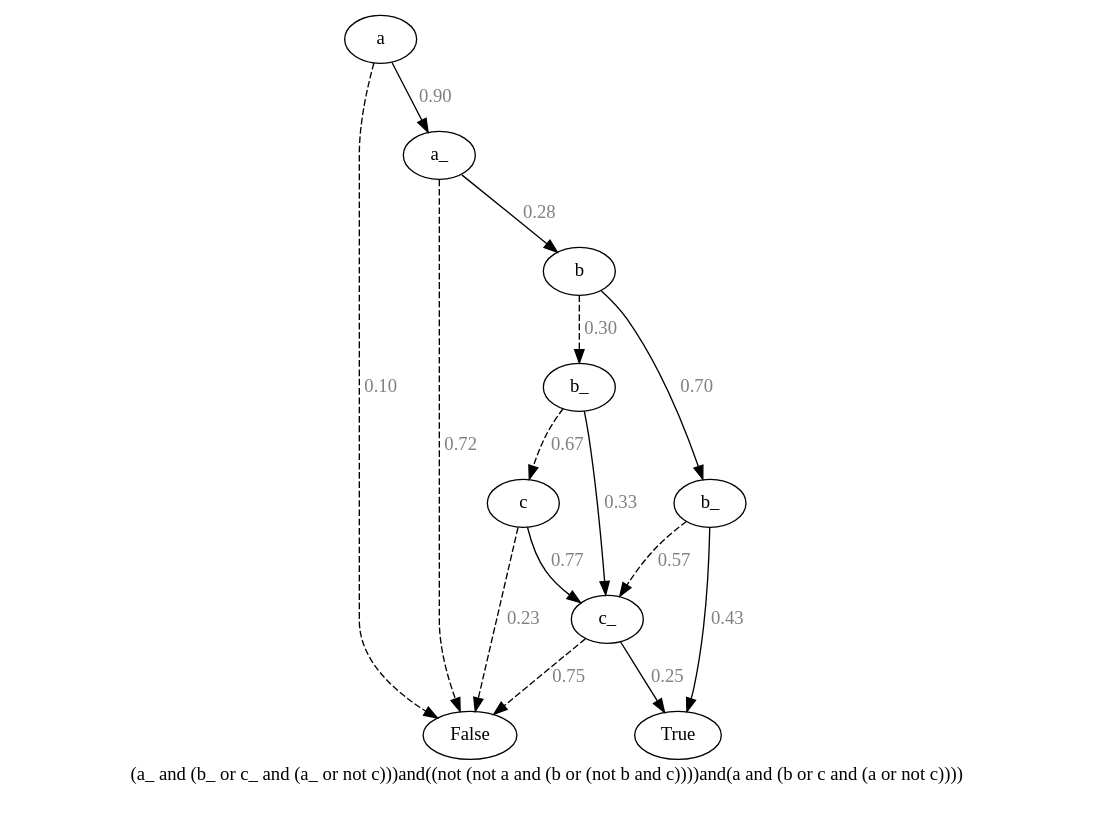
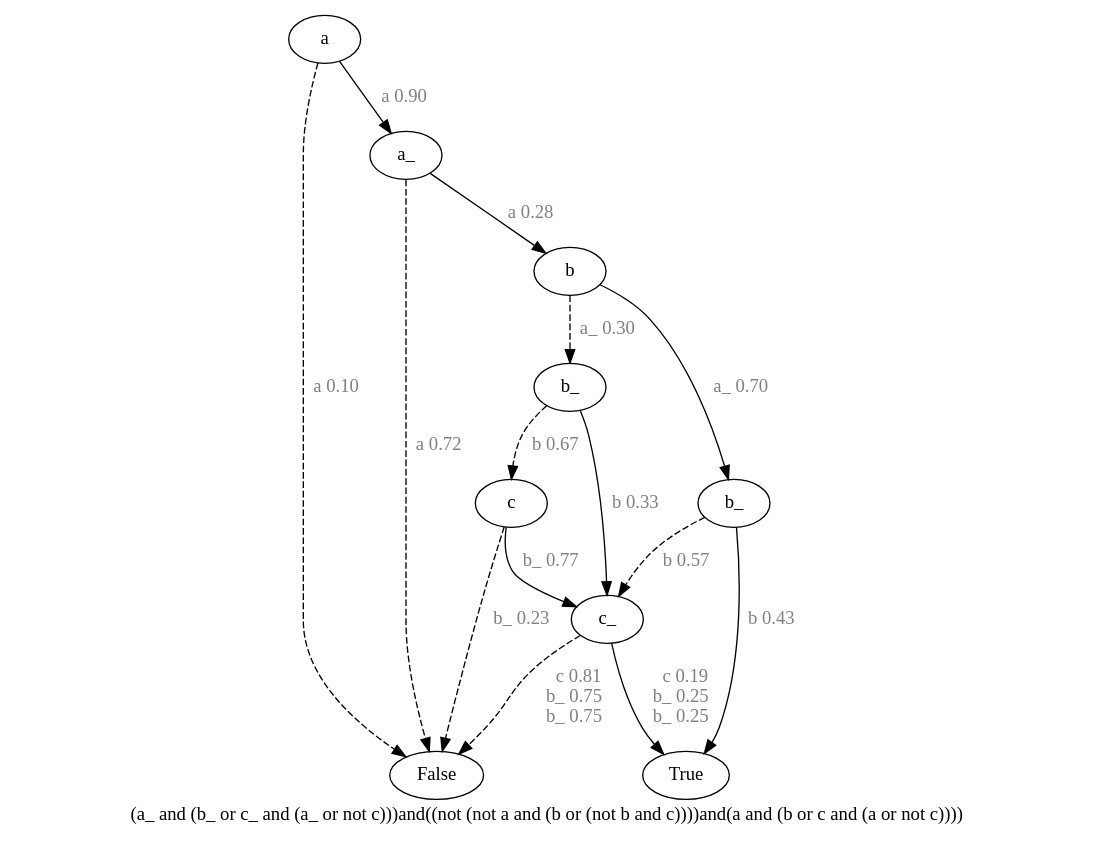
Before and after one commit to O1ez/IncreasingResilienceOfAutomatedVehicles: the diagram in out/test2/_start_6_bdd_tp.dot, drawn with Graphviz. The commit also changed 40 other files, not shown here.

```diff
--- a/out/test2/_start_6_bdd_tp.dot
+++ b/out/test2/_start_6_bdd_tp.dot
@@ -1,45 +1,45 @@
 digraph{
 label="(a_ and (b_ or c_ and (a_ or not c)))and((not (not a and (b or (not b and c))))and(a and (b or c and (a or not c))))\n\n"
-1192242495728[label=a]1192242496368[label="False
+2201125846416[label=a]2201125842896[label="False
 "]
-1192242495728 -> 1192242496368[style=dashed label="0.10" fontcolor = gray]
-1192242509008[label="a_
+2201125846416 -> 2201125842896[style=dashed label=" a 0.10\n" fontcolor = gray]
+2201125863984[label="a_
 "]
-1192242495728 -> 1192242509008 [label="0.90" fontcolor = gray]
-1192242496368[label="False
+2201125846416 -> 2201125863984 [label=" a 0.90\n" fontcolor = gray]
+2201125842896[label="False
 "]
-1192242509008 -> 1192242496368[style=dashed label="0.72" fontcolor = gray]
-1192242497648[label="b
+2201125863984 -> 2201125842896[style=dashed label=" a 0.72\n" fontcolor = gray]
+2201125865904[label="b
 "]
-1192242509008 -> 1192242497648 [label="0.28" fontcolor = gray]
-1192242511248[label="b_
+2201125863984 -> 2201125865904 [label=" a 0.28\n" fontcolor = gray]
+2201125866224[label="b_
 "]
-1192242497648 -> 1192242511248[style=dashed label="0.30" fontcolor = gray]
-1192242502128[label="c
+2201125865904 -> 2201125866224[style=dashed label=" a_ 0.30\n" fontcolor = gray]
+2201125866544[label="c
 "]
-1192242511248 -> 1192242502128[style=dashed label="0.67" fontcolor = gray]
-1192242496368[label="False
+2201125866224 -> 2201125866544[style=dashed label=" b 0.67\n" fontcolor = gray]
+2201125842896[label="False
 "]
-1192242502128 -> 1192242496368[style=dashed label="0.23" fontcolor = gray]
-1192242504528[label="c_
+2201125866544 -> 2201125842896[style=dashed label=" b_ 0.23\n" fontcolor = gray]
+2201125867344[label="c_
 "]
-1192242502128 -> 1192242504528 [label="0.77" fontcolor = gray]
-1192242496368[label="False
+2201125866544 -> 2201125867344 [label=" b_ 0.77\n" fontcolor = gray]
+2201125842896[label="False
 "]
-1192242504528 -> 1192242496368[style=dashed label="0.75" fontcolor = gray]
-1192242508848[label="True
+2201125867344 -> 2201125842896[style=dashed label="   c 0.81\nb_ 0.75\nb_ 0.75\n" fontcolor = gray]
+2201125846896[label="True
 "]
-1192242504528 -> 1192242508848 [label="0.25" fontcolor = gray]
-1192242504528[label="c_
+2201125867344 -> 2201125846896 [label="   c 0.19\nb_ 0.25\nb_ 0.25\n" fontcolor = gray]
+2201125867344[label="c_
 "]
-1192242511248 -> 1192242504528 [label="0.33" fontcolor = gray]
-1192242510128[label="b_
+2201125866224 -> 2201125867344 [label=" b 0.33\n" fontcolor = gray]
+2201125866384[label="b_
 "]
-1192242497648 -> 1192242510128 [label="0.70" fontcolor = gray]
-1192242504528[label="c_
+2201125865904 -> 2201125866384 [label=" a_ 0.70\n" fontcolor = gray]
+2201125867344[label="c_
 "]
-1192242510128 -> 1192242504528[style=dashed label="0.57" fontcolor = gray]
-1192242508848[label="True
+2201125866384 -> 2201125867344[style=dashed label=" b 0.57\n" fontcolor = gray]
+2201125846896[label="True
 "]
-1192242510128 -> 1192242508848 [label="0.43" fontcolor = gray]
+2201125866384 -> 2201125846896 [label=" b 0.43\n" fontcolor = gray]
 }
```
